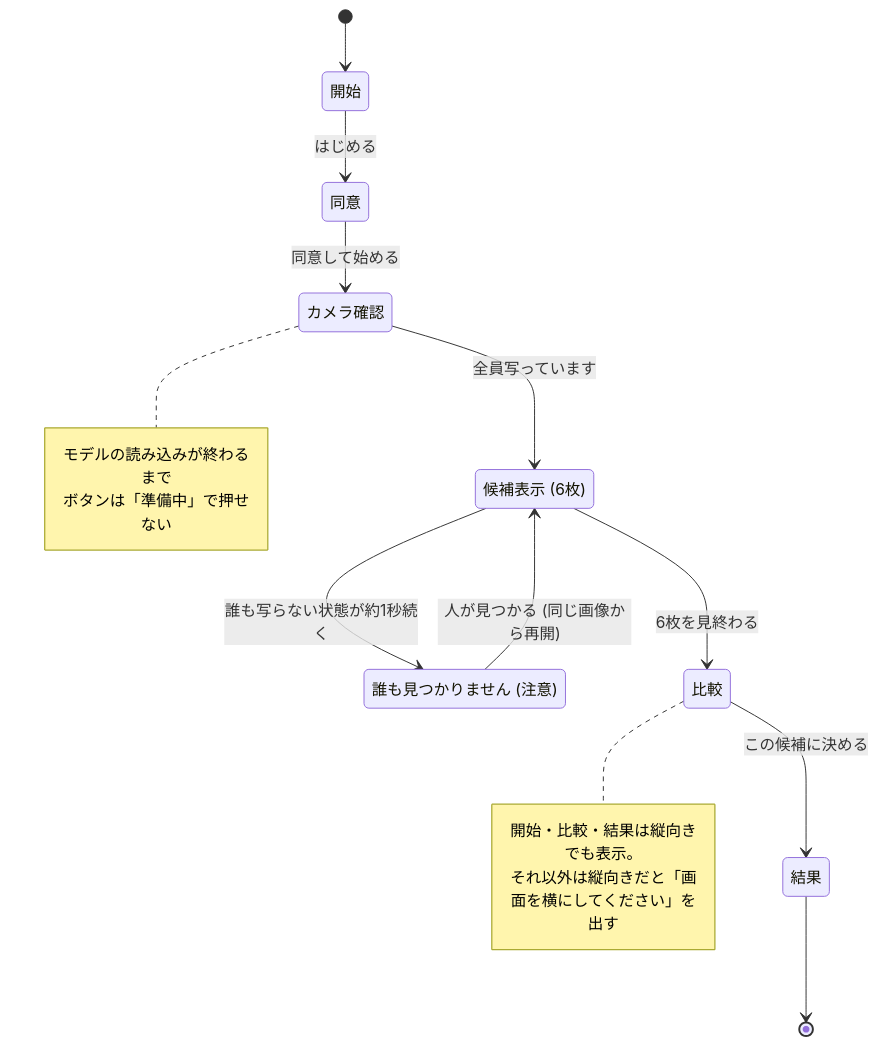
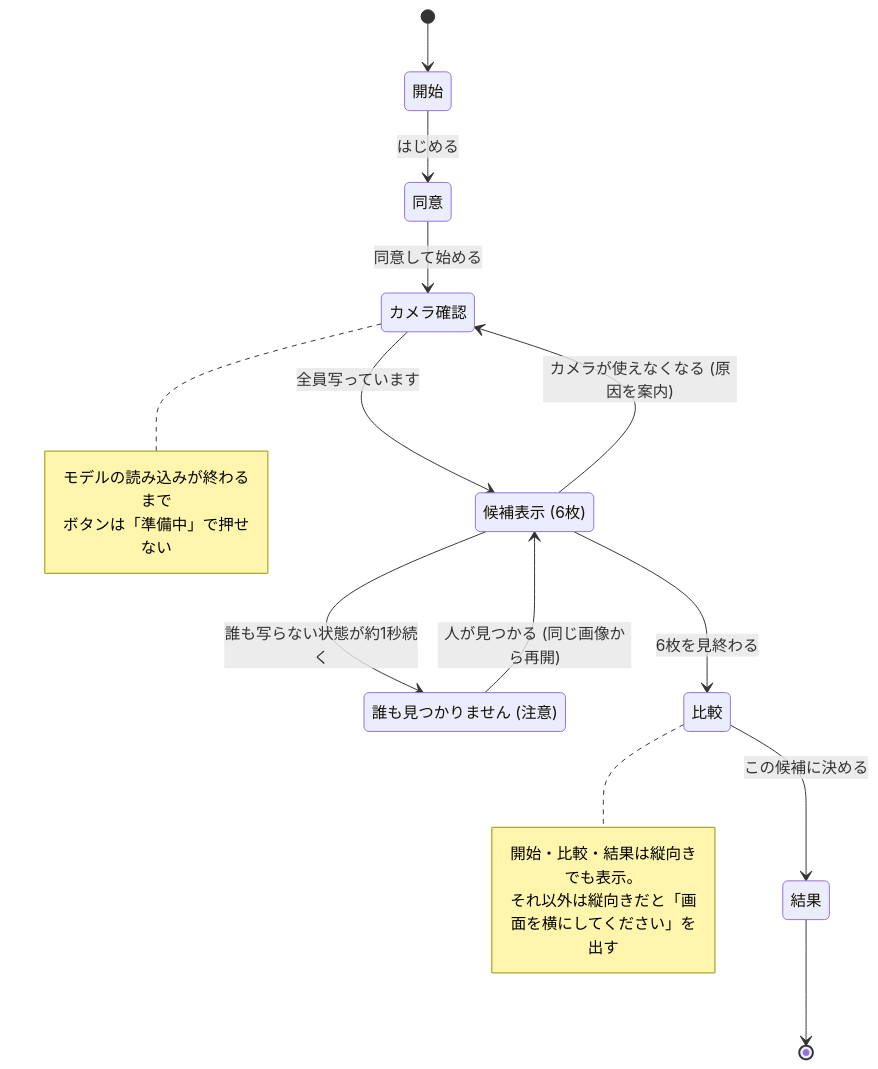
Before and after one commit to l4na-git/NexTrip: the second of 3 diagrams in README.md, drawn with Mermaid. The commit also changed 3 other files, not shown here.

````diff
--- a/README.md
+++ b/README.md
@@ -51,29 +51,30 @@
 ```mermaid
 stateDiagram-v2
   state "開始" as Start
   state "同意" as Consent
   state "カメラ確認" as Check
   state "候補表示 (6枚)" as Candidate
   state "誰も見つかりません (注意)" as NoFace
   state "比較" as Compare
   state "結果" as Result
 
   [*] --> Start
   Start --> Consent: はじめる
   Consent --> Check: 同意して始める
   Check --> Candidate: 全員写っています
   Candidate --> Compare: 6枚を見終わる
   Candidate --> NoFace: 誰も写らない状態が約1秒続く
   NoFace --> Candidate: 人が見つかる (同じ画像から再開)
+  Candidate --> Check: カメラが使えなくなる (原因を案内)
   Compare --> Result: この候補に決める
   Result --> [*]
 
   note right of Check
     モデルの読み込みが終わるまで
     ボタンは「準備中」で押せない
   end note
   note right of Compare
     開始・比較・結果は縦向きでも表示。
     それ以外は縦向きだと「画面を横にしてください」を出す
   end note
 ```
````
